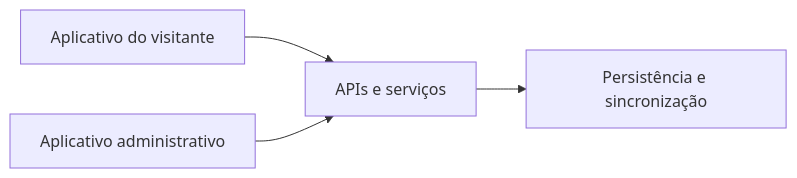
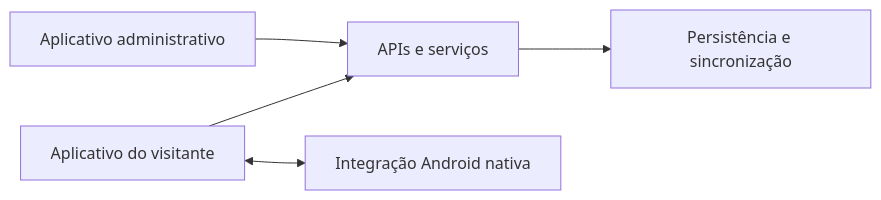
The diagram in projetos/turismo-agrestinense.md (meyrison/meyrison), drawn with Mermaid before and after one commit. The commit also changed other lines of this file and 8 other files, not shown here.

````diff
--- a/projetos/turismo-agrestinense.md
+++ b/projetos/turismo-agrestinense.md
@@ -20,6 +22,7 @@
 ```mermaid
 flowchart LR
-    V["Aplicativo do visitante"] --> S["APIs e serviços"]
-    A["Aplicativo administrativo"] --> S
-    S --> P["Persistência e sincronização"]
+    V["Aplicativo do visitante"] --> A["APIs e serviços"]
+    E["Aplicativo administrativo"] --> A
+    A --> P["Persistência e sincronização"]
+    V <--> N["Integração Android nativa"]
 ```
````
